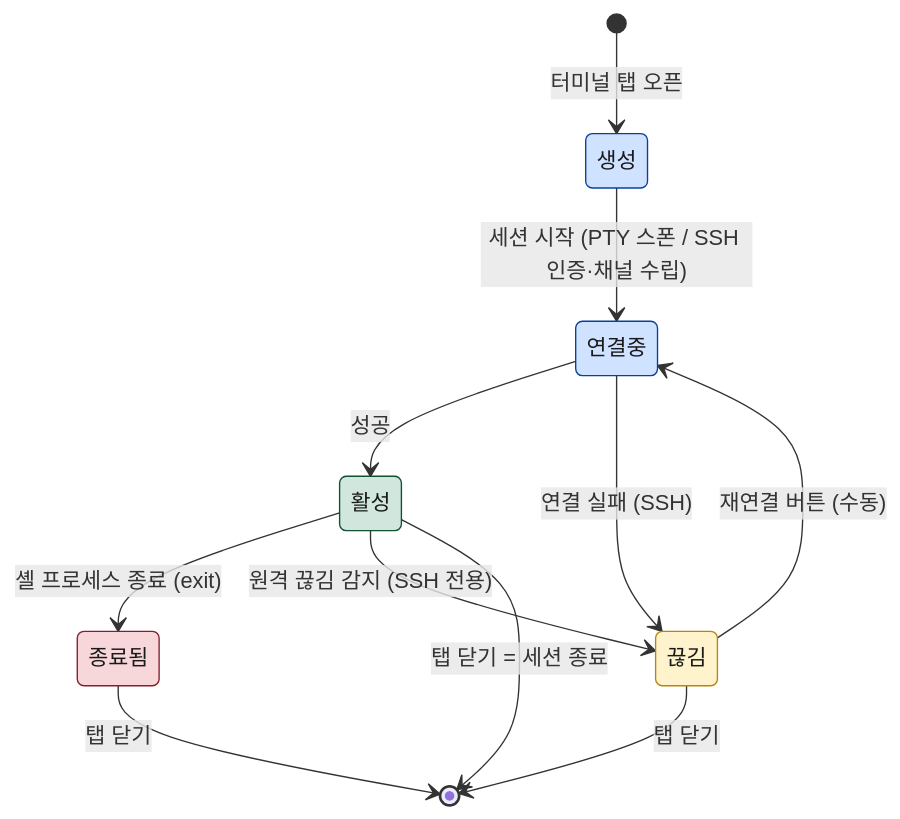
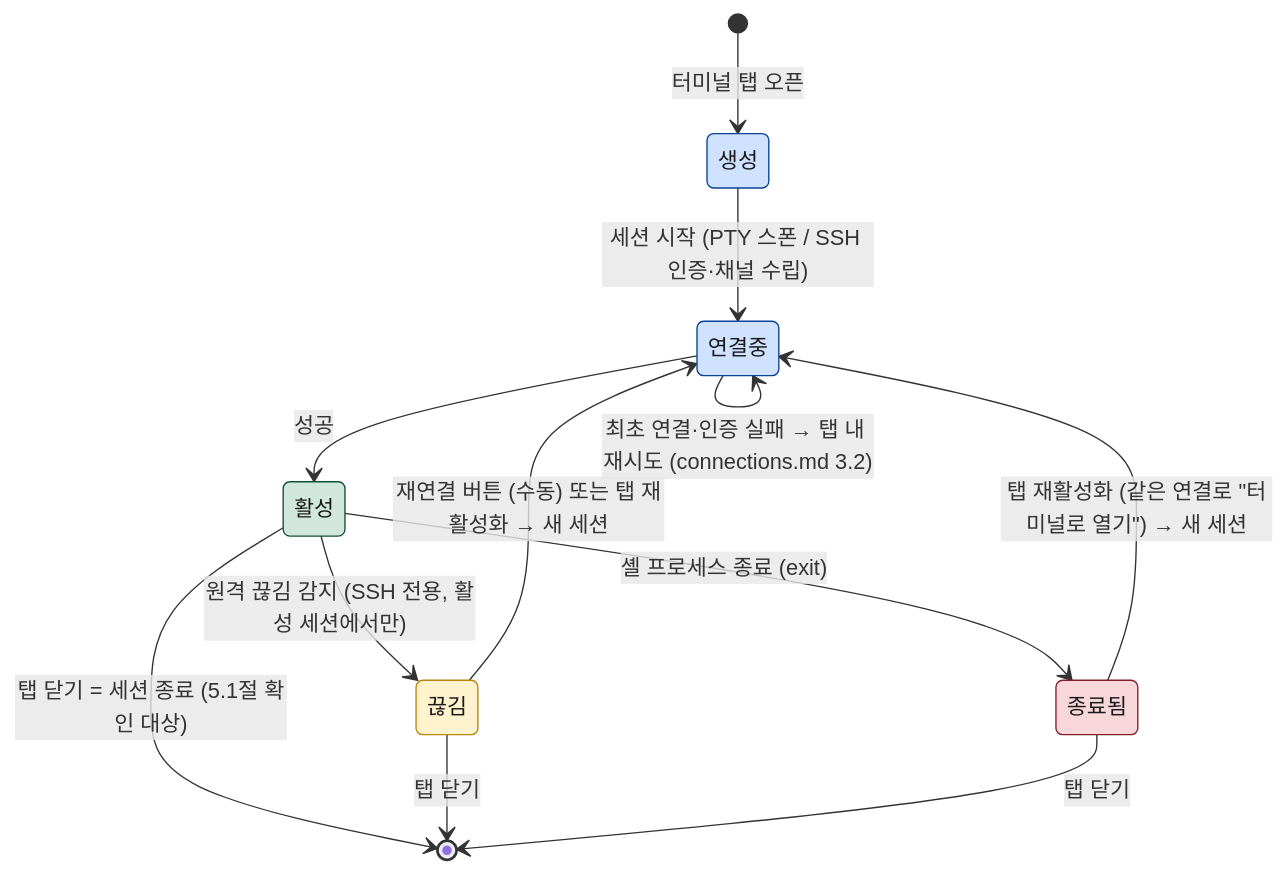
One commit to gyuha/work-deck changed the diagram in docs/features/terminal.md. Above: the diagram before and after it, drawn with Mermaid. The commit also changed other lines of this file and 11 other files, not shown here.

````diff
--- a/docs/features/terminal.md
+++ b/docs/features/terminal.md
@@ -98,28 +100,29 @@
 ```mermaid
 stateDiagram-v2
     state "생성" as created
     state "연결중" as connecting
     state "활성" as active
     state "끊김" as disconnected
     state "종료됨" as exited
 
     [*] --> created : 터미널 탭 오픈
     created --> connecting : 세션 시작 (PTY 스폰 / SSH 인증·채널 수립)
+    connecting --> connecting : 최초 연결·인증 실패 → 탭 내 재시도 (connections.md 3.2)
     connecting --> active : 성공
-    connecting --> disconnected : 연결 실패 (SSH)
     active --> exited : 셸 프로세스 종료 (exit)
-    active --> disconnected : 원격 끊김 감지 (SSH 전용)
-    disconnected --> connecting : 재연결 버튼 (수동)
-    active --> [*] : 탭 닫기 = 세션 종료
+    active --> disconnected : 원격 끊김 감지 (SSH 전용, 활성 세션에서만)
+    disconnected --> connecting : 재연결 버튼 (수동) 또는 탭 재활성화 → 새 세션
+    exited --> connecting : 탭 재활성화 (같은 연결로 "터미널로 열기") → 새 세션
+    active --> [*] : 탭 닫기 = 세션 종료 (5.1절 확인 대상)
     disconnected --> [*] : 탭 닫기
     exited --> [*] : 탭 닫기
 
     classDef transient fill:#CFE2FF,stroke:#084298,color:#1a1a1a
     classDef ok fill:#D1E7DD,stroke:#0F5132,color:#1a1a1a
     classDef warn fill:#FFF3CD,stroke:#B8860B,color:#1a1a1a
     classDef dead fill:#F8D7DA,stroke:#842029,color:#1a1a1a
     class created,connecting transient
     class active ok
     class disconnected warn
     class exited dead
 ```
````
